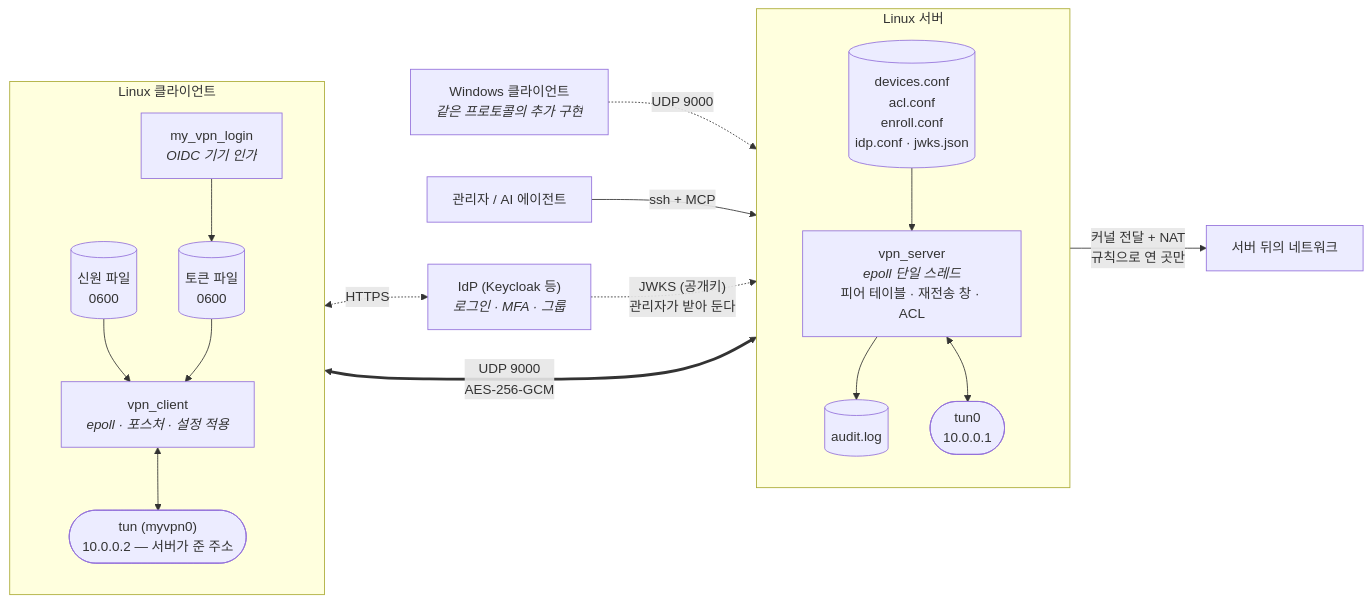
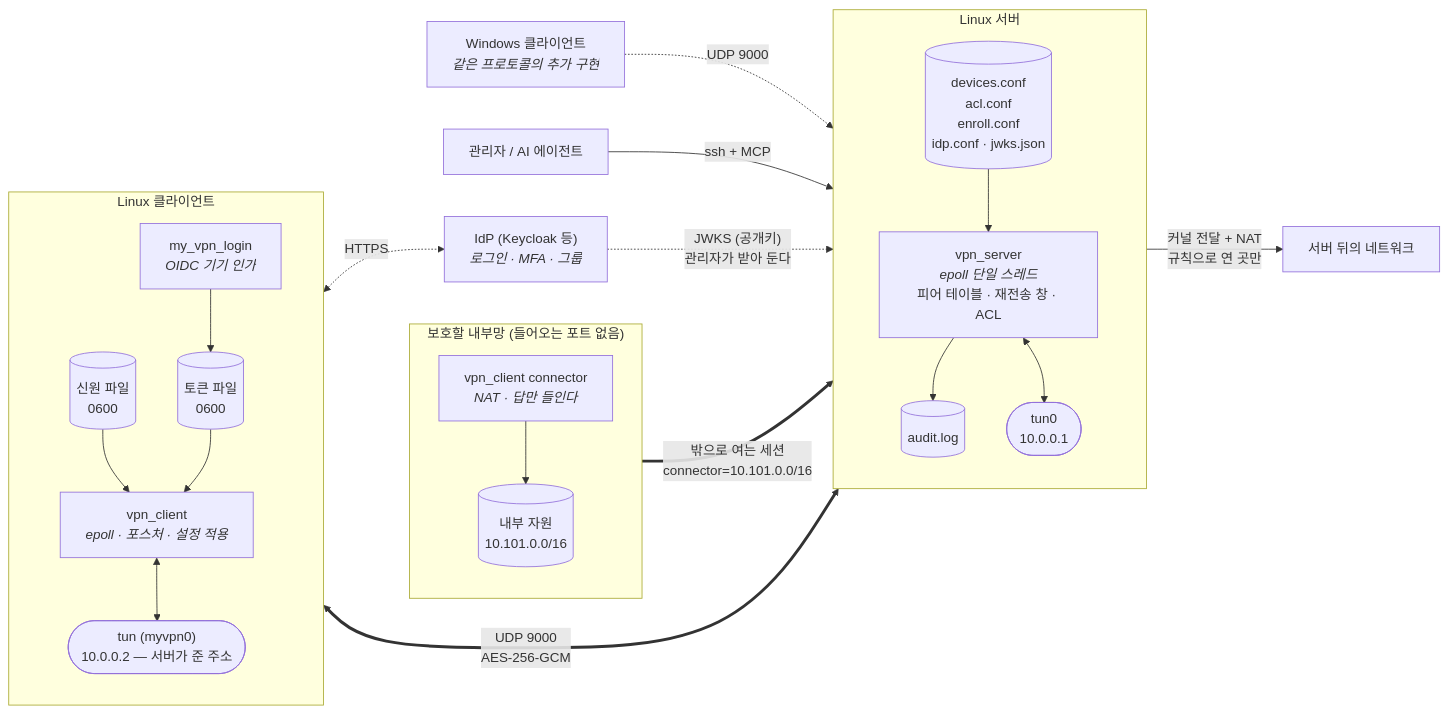
The first of 3 diagrams in README.md (k1msatgat/my_vpn), drawn with Mermaid before and after one commit. The commit also changed other lines of this file and 16 other files, not shown here.

First line of the commit message:
커넥터: 보호할 네트워크에 들어오는 포트를 열지 않는다

````diff
--- a/README.md
+++ b/README.md
@@ -39,38 +39,46 @@
 ```mermaid
 flowchart LR
     subgraph CLI["Linux 클라이언트"]
         direction TB
         VC["vpn_client<br/><i>epoll · 포스처 · 설정 적용</i>"]
         CT(["tun (myvpn0)<br/>10.0.0.2 — 서버가 준 주소"])
         ID[("신원 파일<br/>0600")]
         LG["my_vpn_login<br/><i>OIDC 기기 인가</i>"]
         TK[("토큰 파일<br/>0600")]
         ID --> VC
         LG --> TK --> VC
         VC <--> CT
     end
 
     subgraph SRV["Linux 서버"]
         direction TB
         VS["vpn_server<br/><i>epoll 단일 스레드</i><br/>피어 테이블 · 재전송 창 · ACL"]
         TUN(["tun0<br/>10.0.0.1"])
         CONF[("devices.conf<br/>acl.conf<br/>enroll.conf<br/>idp.conf · jwks.json")]
         AUD[("audit.log")]
         CONF --> VS
         VS --> AUD
         VS <--> TUN
     end
 
+    subgraph LAN["보호할 내부망 (들어오는 포트 없음)"]
+        direction TB
+        CN["vpn_client connector<br/><i>NAT · 답만 들인다</i>"]
+        RES[("내부 자원<br/>10.101.0.0/16")]
+        CN --> RES
+    end
+
     WIN["Windows 클라이언트<br/><i>같은 프로토콜의 추가 구현</i>"]
     NET["서버 뒤의 네트워크"]
     ADMIN["관리자 / AI 에이전트"]
 
     VC <==>|"UDP 9000<br/>AES-256-GCM"| VS
     WIN -.->|"UDP 9000"| VS
+    CN ==>|"밖으로 여는 세션<br/>connector=10.101.0.0/16"| VS
     TUN -->|"커널 전달 + NAT<br/>규칙으로 연 곳만"| NET
     ADMIN -->|"ssh + MCP"| CONF
 
     IDP["IdP (Keycloak 등)<br/><i>로그인 · MFA · 그룹</i>"]
     LG <-.->|"HTTPS"| IDP
     IDP -.->|"JWKS (공개키)<br/>관리자가 받아 둔다"| CONF
 ```
````
